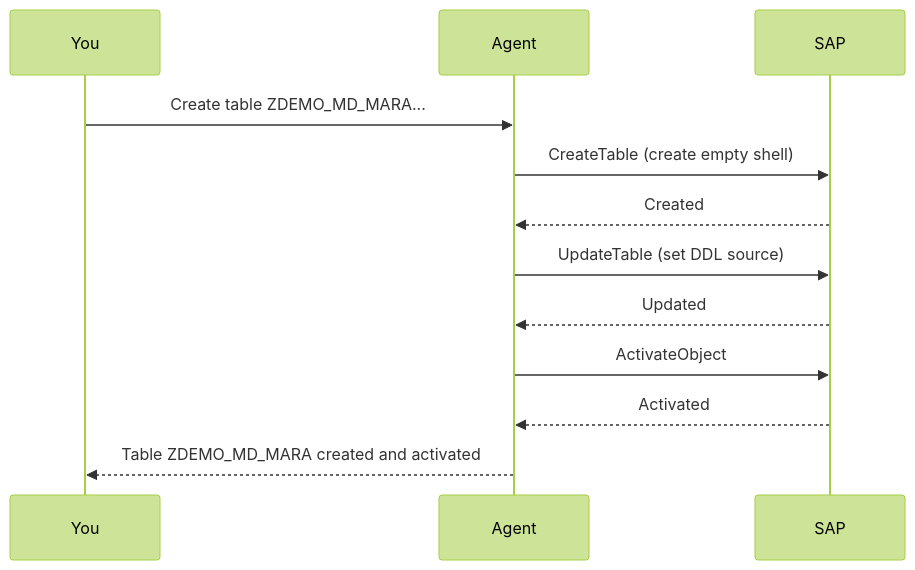
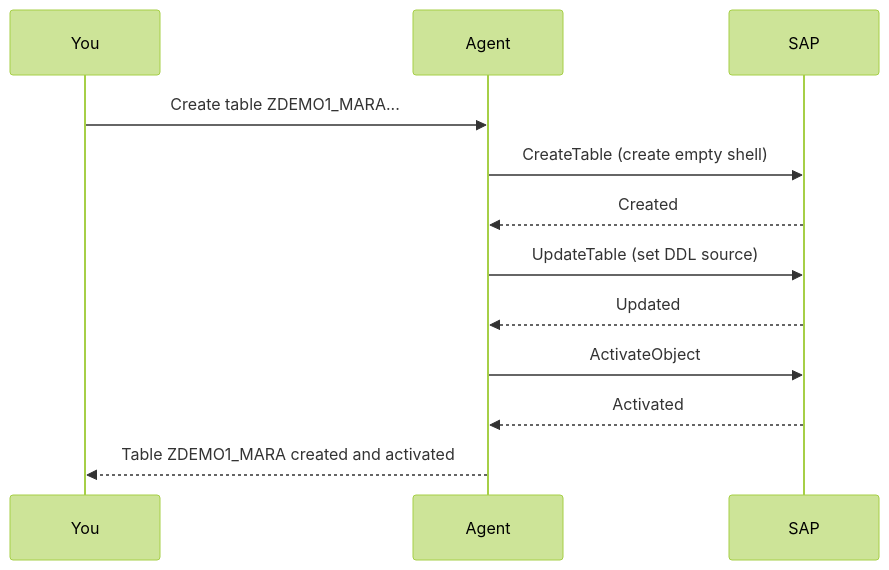
One commit to fr0ster/cloud-llm-hub changed the fifth of 10 diagrams in docs/tutorials/rap-bo-creation.md. Above: the diagram before and after it, drawn with Mermaid (forest theme). The commit also changed other lines of this file, not shown here.

````diff
--- a/docs/tutorials/rap-bo-creation.md
+++ b/docs/tutorials/rap-bo-creation.md
@@ -194,15 +224,15 @@
 ```mermaid
 sequenceDiagram
     participant You
     participant Agent
     participant SAP
 
-    You->>Agent: Create table ZDEMO_MD_MARA...
+    You->>Agent: Create table ZDEMO1_MARA...
     Agent->>SAP: CreateTable (create empty shell)
     SAP-->>Agent: Created
     Agent->>SAP: UpdateTable (set DDL source)
     SAP-->>Agent: Updated
     Agent->>SAP: ActivateObject
     SAP-->>Agent: Activated
-    Agent-->>You: Table ZDEMO_MD_MARA created and activated
+    Agent-->>You: Table ZDEMO1_MARA created and activated
 ```
````
